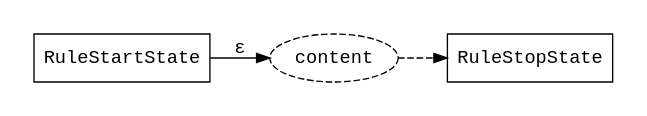
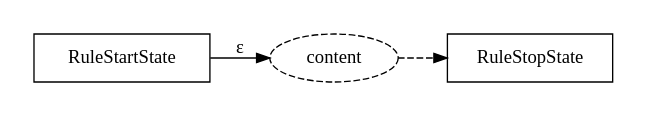
The diagram in runtime/Java/src/main/dot/org/antlr/v4/runtime/atn/images/Rule.dot (antlr/antlr4), drawn with Graphviz before and after one commit. The commit also changed 9 other files, not shown here.

```diff
--- a/runtime/Java/src/main/dot/org/antlr/v4/runtime/atn/images/Rule.dot
+++ b/runtime/Java/src/main/dot/org/antlr/v4/runtime/atn/images/Rule.dot
@@ -1,15 +1,15 @@
 digraph "" {
-    graph[fontname="Courier New";rankdir="LR";pad="0.25"];
-    node[fontname="Courier New";target="_parent"];
-    edge[fontname="Courier New"];
+    graph[fontname="CourierNew";rankdir="LR";pad="0.25"];
+    node[fontname="CourierNew";target="_parent"];
+    edge[fontname="CourierNew"];
     {   node[shape="box"];
         RuleStartState[URL="../RuleStartState.html"];
         RuleStopState[URL="../RuleStopState.html"];
     }
     {   node[style="dashed"];
         content;
     }
 
     RuleStartState -> content[label="&#0949;"];
     content -> RuleStopState[style="dashed"];
 }
```
